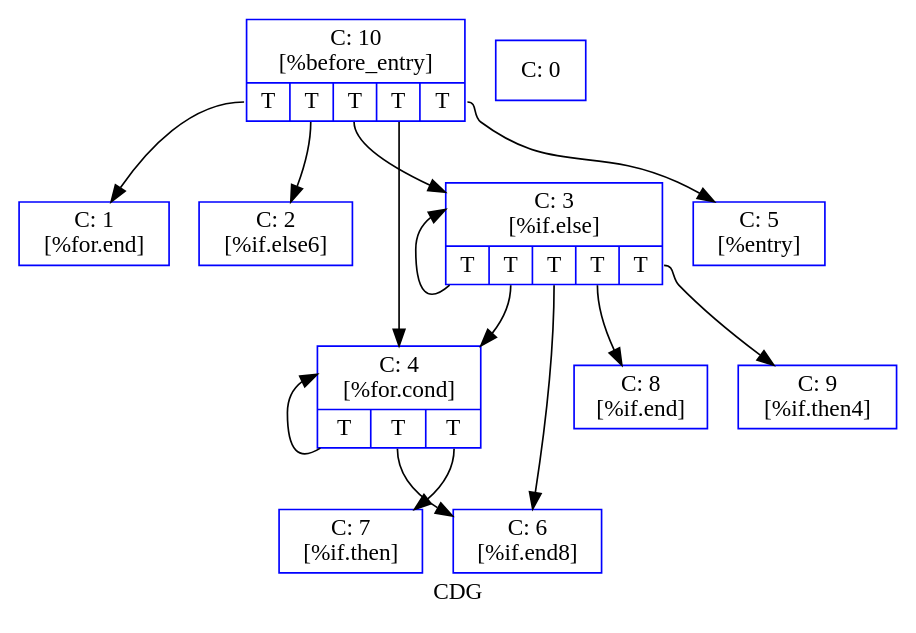
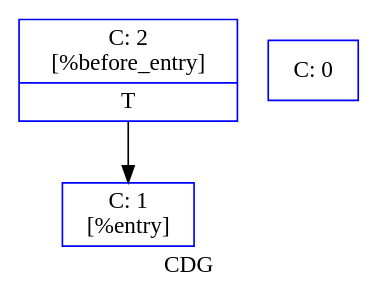
One commit to Kiprey/CDG-ConstructionAlgorithm changed the diagram in examples/test1/wz_initial_cdg.dot. Above: the diagram before and after it, drawn with Graphviz. The commit also changed 9 other files, not shown here.

```diff
--- a/examples/test1/wz_initial_cdg.dot
+++ b/examples/test1/wz_initial_cdg.dot
@@ -1,28 +1,8 @@
 digraph "CDG" {
 	label="CDG";
 
-	Node0xeafdc0 [shape=record,color=blue,label="{C: 10 \n[%before_entry]\n|{<s0>T|<s1>T|<s2>T|<s3>T|<s4>T}}"];
-	Node0xeafdc0:s0 -> Node0xeaa060[collor=blue];
-	Node0xeafdc0:s1 -> Node0xeaf6c0[collor=blue];
-	Node0xeafdc0:s2 -> Node0xeaf7a0[collor=blue];
-	Node0xeafdc0:s3 -> Node0xeaf880[collor=blue];
-	Node0xeafdc0:s4 -> Node0xeaf960[collor=blue];
-	Node0xeafce0 [shape=record,color=blue,label="{C: 9 \n[%if.then4]\n}"];
-	Node0xeafc00 [shape=record,color=blue,label="{C: 8 \n[%if.end]\n}"];
-	Node0xeafb20 [shape=record,color=blue,label="{C: 7 \n[%if.then]\n}"];
-	Node0xeafa40 [shape=record,color=blue,label="{C: 6 \n[%if.end8]\n}"];
-	Node0xeaf960 [shape=record,color=blue,label="{C: 5 \n[%entry]\n}"];
-	Node0xeaf880 [shape=record,color=blue,label="{C: 4 \n[%for.cond]\n|{<s0>T|<s1>T|<s2>T}}"];
-	Node0xeaf880:s0 -> Node0xeaf880[collor=blue];
-	Node0xeaf880:s1 -> Node0xeafa40[collor=blue];
-	Node0xeaf880:s2 -> Node0xeafb20[collor=blue];
-	Node0xeaf7a0 [shape=record,color=blue,label="{C: 3 \n[%if.else]\n|{<s0>T|<s1>T|<s2>T|<s3>T|<s4>T}}"];
-	Node0xeaf7a0:s0 -> Node0xeaf7a0[collor=blue];
-	Node0xeaf7a0:s1 -> Node0xeaf880[collor=blue];
-	Node0xeaf7a0:s2 -> Node0xeafa40[collor=blue];
-	Node0xeaf7a0:s3 -> Node0xeafc00[collor=blue];
-	Node0xeaf7a0:s4 -> Node0xeafce0[collor=blue];
-	Node0xeaf6c0 [shape=record,color=blue,label="{C: 2 \n[%if.else6]\n}"];
-	Node0xeaa060 [shape=record,color=blue,label="{C: 1 \n[%for.end]\n}"];
-	Node0xea9fe0 [shape=record,color=blue,label="{C: 0 \n}"];
+	Node0x29196f0 [shape=record,color=blue,label="{C: 2 \n[%before_entry]\n|{<s0>T}}"];
+	Node0x29196f0:s0 -> Node0x2914060[collor=blue];
+	Node0x2914060 [shape=record,color=blue,label="{C: 1 \n[%entry]\n}"];
+	Node0x2913fe0 [shape=record,color=blue,label="{C: 0 \n}"];
 }
```
